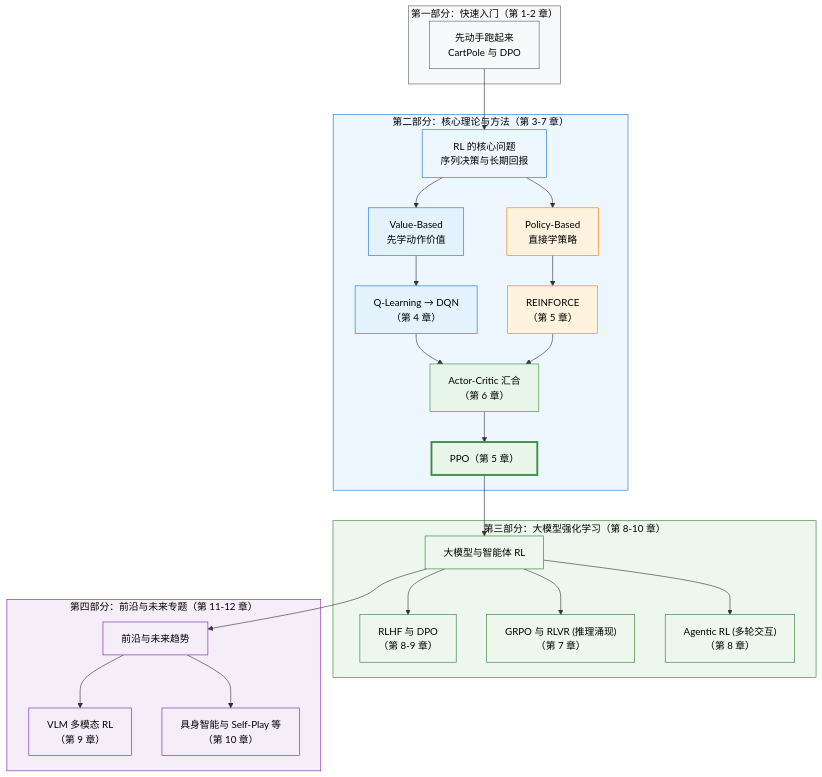
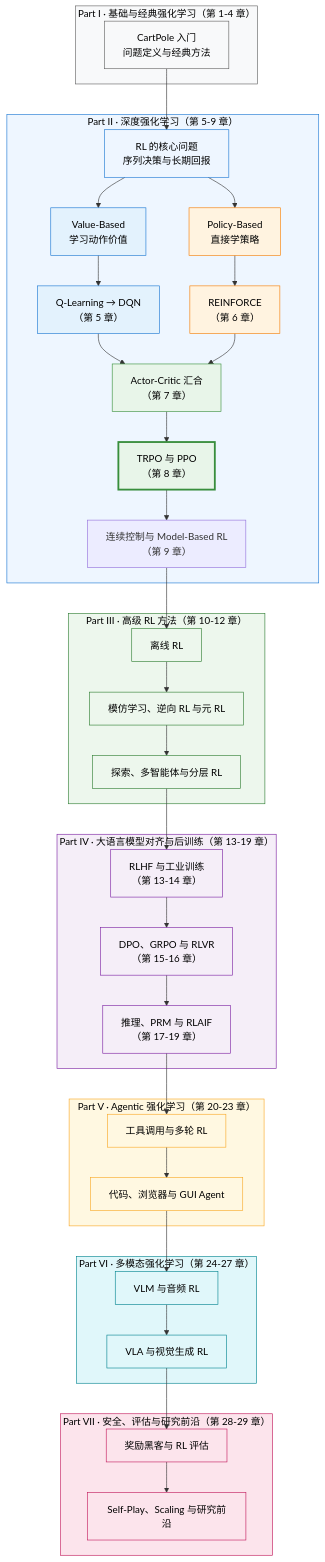
The diagram in docs/preface/intro.md (CrazyForks/hands-on-modern-rl), drawn with Mermaid before and after one commit. The commit also changed other lines of this file and 190 other files, not shown here.

````diff
--- a/docs/preface/intro.md
+++ b/docs/preface/intro.md
@@ -315,52 +315,75 @@
 ```mermaid
 graph TD
-    subgraph P1["第一部分：快速入门（第 1-2 章）"]
-        Q["先动手跑起来<br/>CartPole 与 DPO"]
+    subgraph P1["Part I · 基础与经典强化学习（第 1-4 章）"]
+        Q["CartPole 入门<br/>问题定义与经典方法"]
     end
 
-    subgraph P2["第二部分：核心理论与方法（第 3-7 章）"]
-        A["RL 的核心问题<br/>序列决策与长期回报"] --> B["Value-Based<br/>先学动作价值"]
+    subgraph P2["Part II · 深度强化学习（第 5-9 章）"]
+        A["RL 的核心问题<br/>序列决策与长期回报"] --> B["Value-Based<br/>学习动作价值"]
         A --> C["Policy-Based<br/>直接学策略"]
-        B --> D["Q-Learning → DQN<br/>（第 4 章）"]
-        C --> E["REINFORCE<br/>（第 5 章）"]
-        D --> F["Actor-Critic 汇合<br/>（第 6 章）"]
+        B --> D["Q-Learning → DQN<br/>（第 5 章）"]
+        C --> E["REINFORCE<br/>（第 6 章）"]
+        D --> F["Actor-Critic 汇合<br/>（第 7 章）"]
         E --> F
-        F --> G["PPO（第 5 章）"]
+        F --> G["TRPO 与 PPO<br/>（第 8 章）"]
+        G --> H["连续控制与 Model-Based RL<br/>（第 9 章）"]
     end
 
-    subgraph P3["第三部分：大模型强化学习（第 8-10 章）"]
-        H["大模型与智能体 RL"] --> I["RLHF 与 DPO<br/>（第 8-9 章）"]
-        H --> J["GRPO 与 RLVR (推理涌现)<br/>（第 7 章）"]
-        H --> K["Agentic RL (多轮交互)<br/>（第 8 章）"]
+    subgraph P3["Part III · 高级 RL 方法（第 10-12 章）"]
+        I["离线 RL"] --> J["模仿学习、逆向 RL 与元 RL"]
+        J --> K["探索、多智能体与分层 RL"]
     end
 
-    subgraph P4["第四部分：前沿与未来专题（第 11-12 章）"]
-        L["前沿与未来趋势"] --> M["VLM 多模态 RL<br/>（第 9 章）"]
-        L --> N["具身智能与 Self-Play 等<br/>（第 10 章）"]
+    subgraph P4["Part IV · 大语言模型对齐与后训练（第 13-19 章）"]
+        L["RLHF 与工业训练<br/>（第 13-14 章）"] --> M["DPO、GRPO 与 RLVR<br/>（第 15-16 章）"]
+        M --> N["推理、PRM 与 RLAIF<br/>（第 17-19 章）"]
+    end
+
+    subgraph P5["Part V · Agentic 强化学习（第 20-23 章）"]
+        O["工具调用与多轮 RL"] --> P["代码、浏览器与 GUI Agent"]
+    end
+
+    subgraph P6["Part VI · 多模态强化学习（第 24-27 章）"]
+        R["VLM 与音频 RL"] --> S["VLA 与视觉生成 RL"]
+    end
+
+    subgraph P7["Part VII · 安全、评估与研究前沿（第 28-29 章）"]
+        T["奖励黑客与 RL 评估"] --> U["Self-Play、Scaling 与研究前沿"]
     end
 
     Q --> A
-    G --> H
-    H --> L
+    H --> I
+    K --> L
+    N --> O
+    P --> R
+    S --> T
 
     style P1 fill:#f8f9fa,stroke:#616161,color:#000
     style P2 fill:#eef6ff,stroke:#1976d2,color:#000
     style P3 fill:#edf7ed,stroke:#2e7d32,color:#000
     style P4 fill:#f5eef8,stroke:#7b1fa2,color:#000
+    style P5 fill:#fff8e1,stroke:#f9a825,color:#000
+    style P6 fill:#e0f7fa,stroke:#00838f,color:#000
+    style P7 fill:#fce4ec,stroke:#c2185b,color:#000
     style Q fill:#f8f9fa,stroke:#616161,color:#000
     style A fill:#eef6ff,stroke:#1976d2,color:#000
     style B fill:#e3f2fd,stroke:#1976d2,color:#000
     style D fill:#e3f2fd,stroke:#1976d2,color:#000
     style C fill:#fff3e0,stroke:#f57c00,color:#000
     style E fill:#fff3e0,stroke:#f57c00,color:#000
     style F fill:#e8f5e9,stroke:#388e3c,color:#000
     style G fill:#e8f5e9,stroke:#388e3c,stroke-width:3px,color:#000
-    style H fill:#edf7ed,stroke:#2e7d32,color:#000
     style I fill:#edf7ed,stroke:#2e7d32,color:#000
     style J fill:#edf7ed,stroke:#2e7d32,color:#000
     style K fill:#edf7ed,stroke:#2e7d32,color:#000
     style L fill:#f5eef8,stroke:#7b1fa2,color:#000
     style M fill:#f5eef8,stroke:#7b1fa2,color:#000
     style N fill:#f5eef8,stroke:#7b1fa2,color:#000
+    style O fill:#fff8e1,stroke:#f9a825,color:#000
+    style P fill:#fff8e1,stroke:#f9a825,color:#000
+    style R fill:#e0f7fa,stroke:#00838f,color:#000
+    style S fill:#e0f7fa,stroke:#00838f,color:#000
+    style T fill:#fce4ec,stroke:#c2185b,color:#000
+    style U fill:#fce4ec,stroke:#c2185b,color:#000
 
 ```
````
